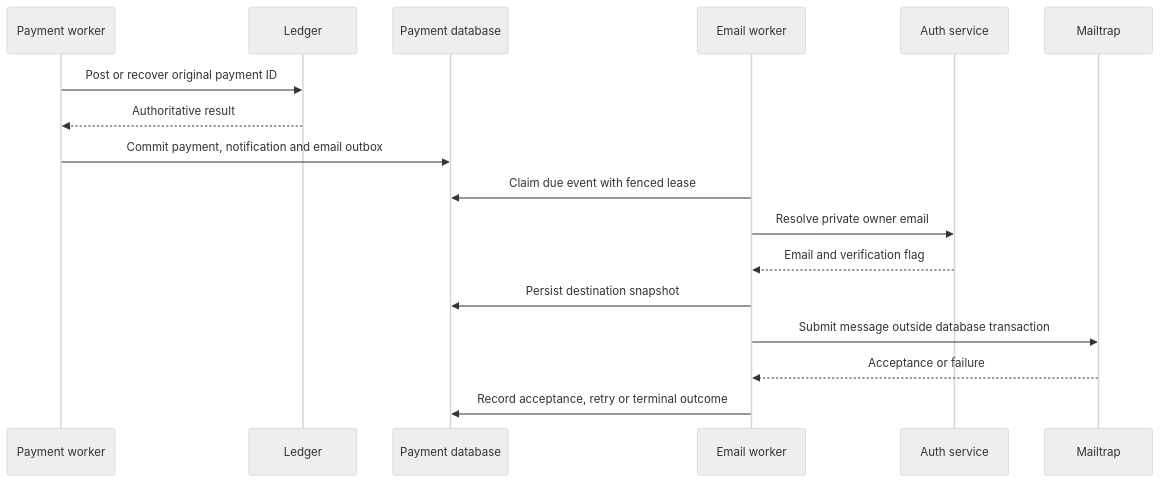
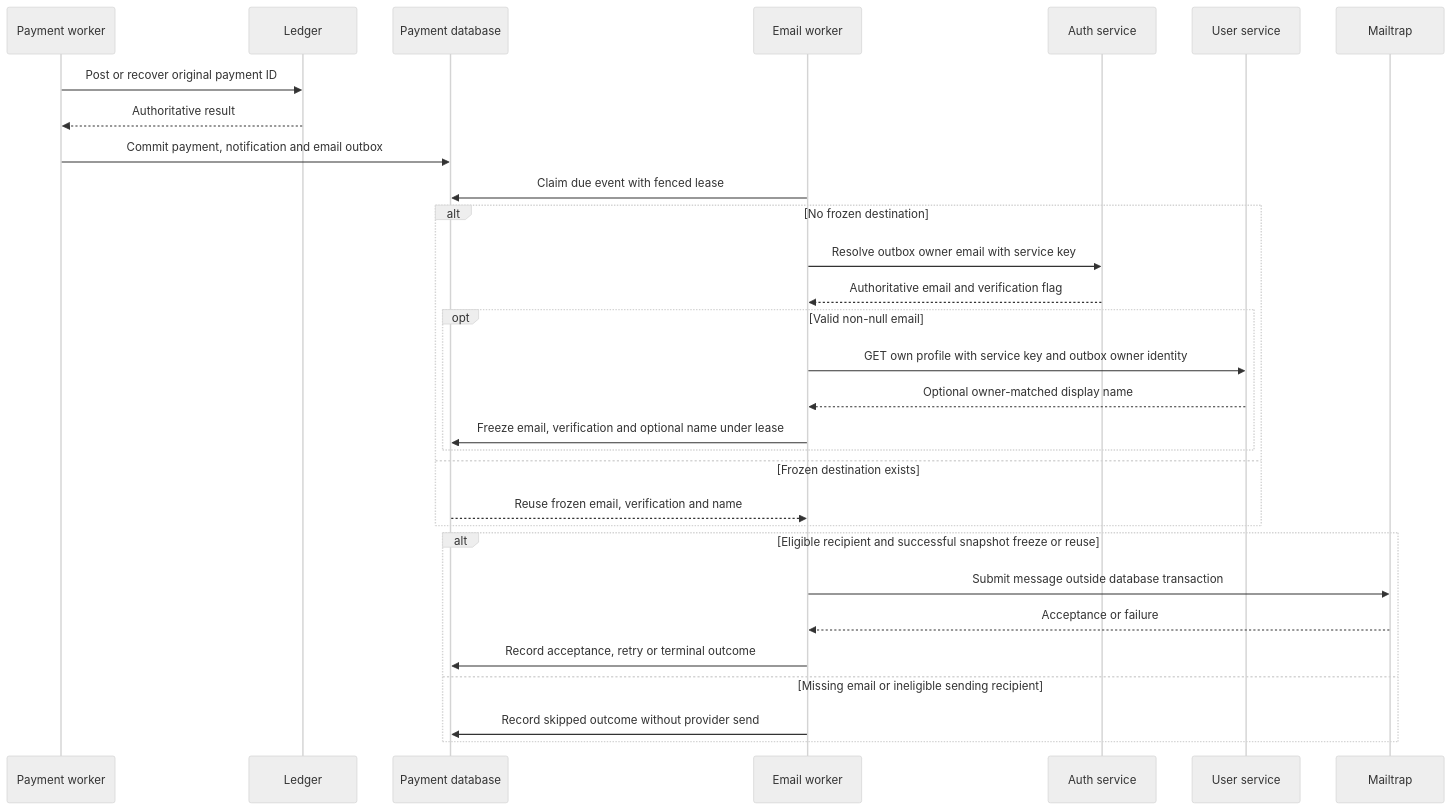
One commit to aarbabaev/ArMoney changed the diagram in docs/email-notifications.md. Above: the diagram before and after it, drawn with Mermaid (neutral theme). The commit also changed other lines of this file and 9 other files, not shown here.

Commit message:
Style registration verification email with MIME alternatives

````diff
--- a/docs/email-notifications.md
+++ b/docs/email-notifications.md
@@ -7,19 +7,32 @@
 ```mermaid
 sequenceDiagram
     participant W as Payment worker
     participant L as Ledger
     participant DB as Payment database
     participant E as Email worker
     participant A as Auth service
+    participant U as User service
     participant M as Mailtrap
     W->>L: Post or recover original payment ID
     L-->>W: Authoritative result
     W->>DB: Commit payment, notification and email outbox
     E->>DB: Claim due event with fenced lease
-    E->>A: Resolve private owner email
-    A-->>E: Email and verification flag
-    E->>DB: Persist destination snapshot
-    E->>M: Submit message outside database transaction
-    M-->>E: Acceptance or failure
-    E->>DB: Record acceptance, retry or terminal outcome
+    alt No frozen destination
+        E->>A: Resolve outbox owner email with service key
+        A-->>E: Authoritative email and verification flag
+        opt Valid non-null email
+            E->>U: GET own profile with service key and outbox owner identity
+            U-->>E: Optional owner-matched display name
+            E->>DB: Freeze email, verification and optional name under lease
+        end
+    else Frozen destination exists
+        DB-->>E: Reuse frozen email, verification and name
+    end
+    alt Eligible recipient and successful snapshot freeze or reuse
+        E->>M: Submit message outside database transaction
+        M-->>E: Acceptance or failure
+        E->>DB: Record acceptance, retry or terminal outcome
+    else Missing email or ineligible sending recipient
+        E->>DB: Record skipped outcome without provider send
+    end
 ```
````
